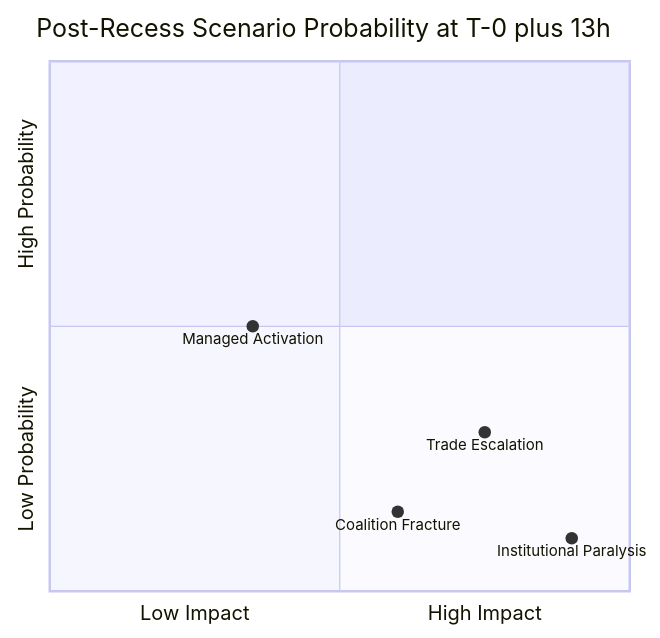
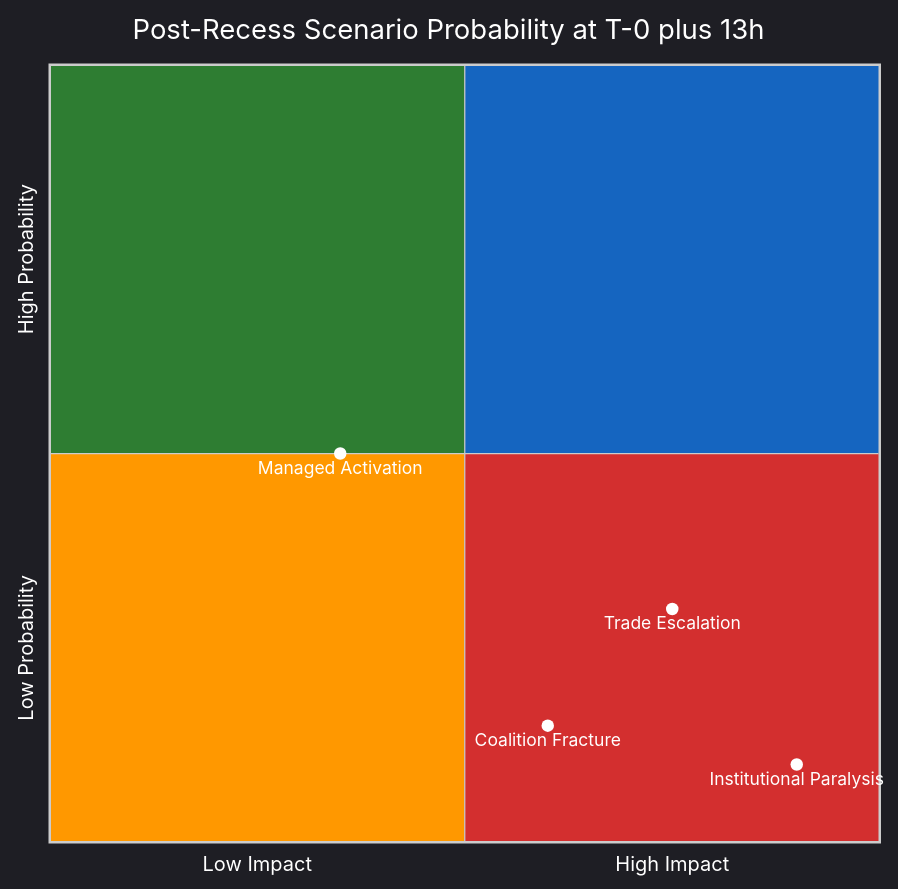
One commit to Hack23/euparliamentmonitor changed the fourth of 4 diagrams in analysis/daily/2026-04-15/breaking-run175/existing/synthesis-summary.md. Above: the diagram before and after it, drawn with Mermaid. The commit also changed 183 other files, not shown here.

First line of the commit message:
Retrofit ISMS-aligned mermaid quadrant theme to all 191 historical analysis artifacts

````diff
--- a/analysis/daily/2026-04-15/breaking-run175/existing/synthesis-summary.md
+++ b/analysis/daily/2026-04-15/breaking-run175/existing/synthesis-summary.md
@@ -162,10 +162,33 @@
 ```mermaid
+%%{init: {
+  "theme": "dark",
+  "themeVariables": {
+    "quadrant1Fill": "#1565C0",
+    "quadrant2Fill": "#2E7D32",
+    "quadrant3Fill": "#FF9800",
+    "quadrant4Fill": "#D32F2F",
+    "quadrantTitleFill": "#ffffff",
+    "quadrantPointFill": "#ffffff",
+    "quadrantPointTextFill": "#ffffff",
+    "quadrantXAxisTextFill": "#ffffff",
+    "quadrantYAxisTextFill": "#ffffff"
+  },
+  "quadrantChart": {
+    "chartWidth": 700,
+    "chartHeight": 700,
+    "pointLabelFontSize": 14,
+    "titleFontSize": 22,
+    "quadrantLabelFontSize": 18,
+    "xAxisLabelFontSize": 16,
+    "yAxisLabelFontSize": 16
+  }
+}}%%
 quadrantChart
     title Post-Recess Scenario Probability at T-0 plus 13h
     x-axis "Low Impact" --> "High Impact"
     y-axis "Low Probability" --> "High Probability"
     "Managed Activation": [0.35, 0.50]
     "Trade Escalation": [0.75, 0.30]
     "Coalition Fracture": [0.60, 0.15]
     "Institutional Paralysis": [0.90, 0.10]
 ```
````
